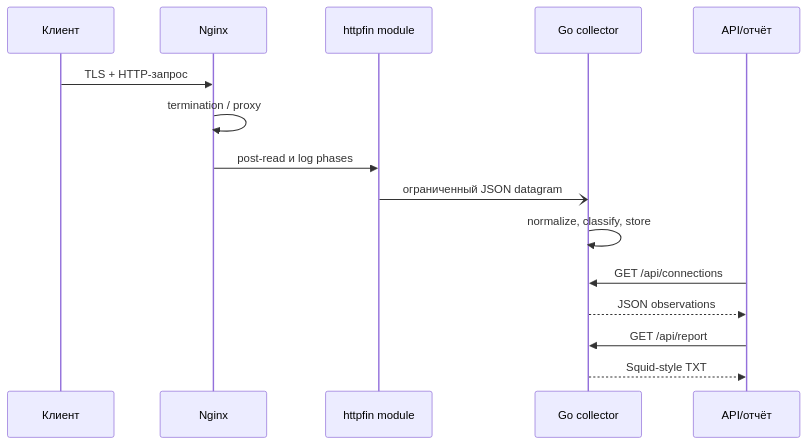
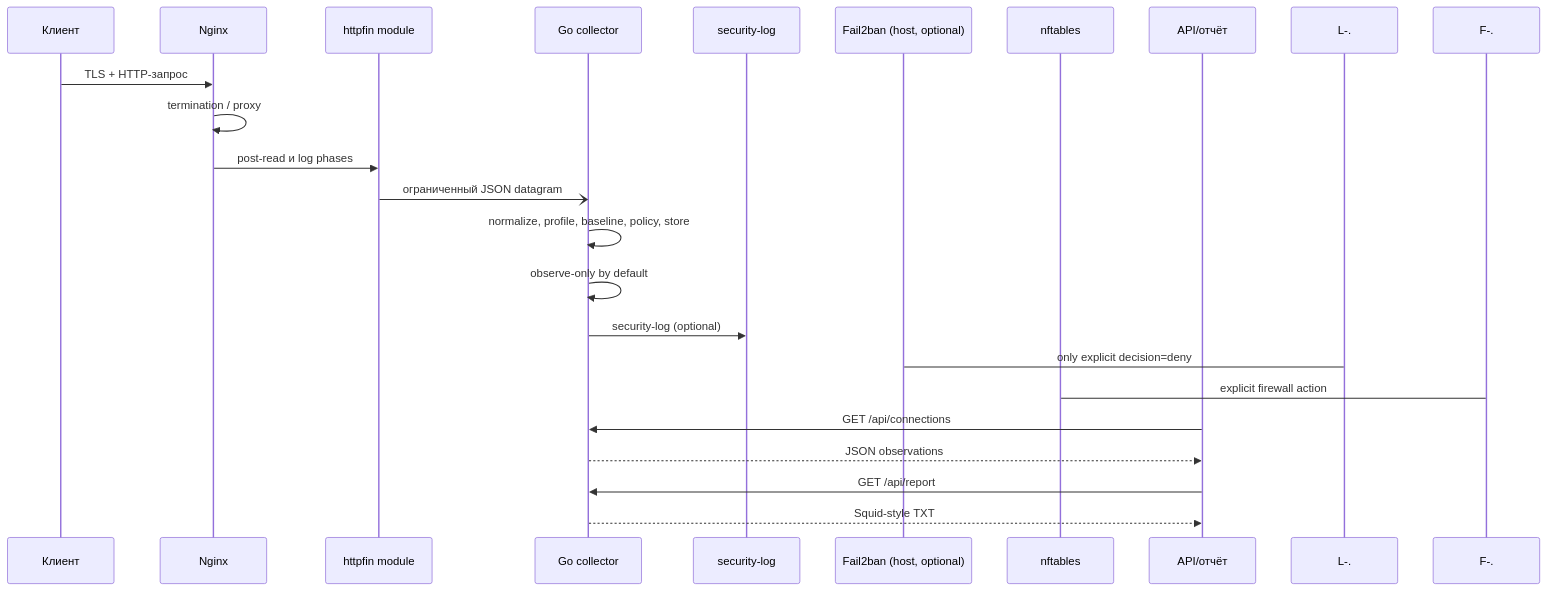
One commit to rbelshevitz/httpfin changed the fourth of 5 diagrams in docs/ARCHITECTURE.ru.md. Above: the diagram before and after it, drawn with Mermaid. The commit also changed other lines of this file and 37 other files, not shown here.

````diff
--- a/docs/ARCHITECTURE.ru.md
+++ b/docs/ARCHITECTURE.ru.md
@@ -54,18 +86,25 @@
 ```mermaid
 sequenceDiagram
     participant C as Клиент
     participant N as Nginx
     participant M as httpfin module
     participant G as Go collector
+    participant L as security-log
+    participant F as Fail2ban (host, optional)
+    participant W as nftables
     participant R as API/отчёт
 
     C->>N: TLS + HTTP-запрос
     N->>N: termination / proxy
     N->>M: post-read и log phases
     M-)G: ограниченный JSON datagram
-    G->>G: normalize, classify, store
+    G->>G: normalize, profile, baseline, policy, store
+    G->>G: observe-only by default
+    G->>L: security-log (optional)
+    L-.->F: only explicit decision=deny
+    F-.->W: explicit firewall action
     R->>G: GET /api/connections
     G-->>R: JSON observations
     R->>G: GET /api/report
     G-->>R: Squid-style TXT
 ```
````
